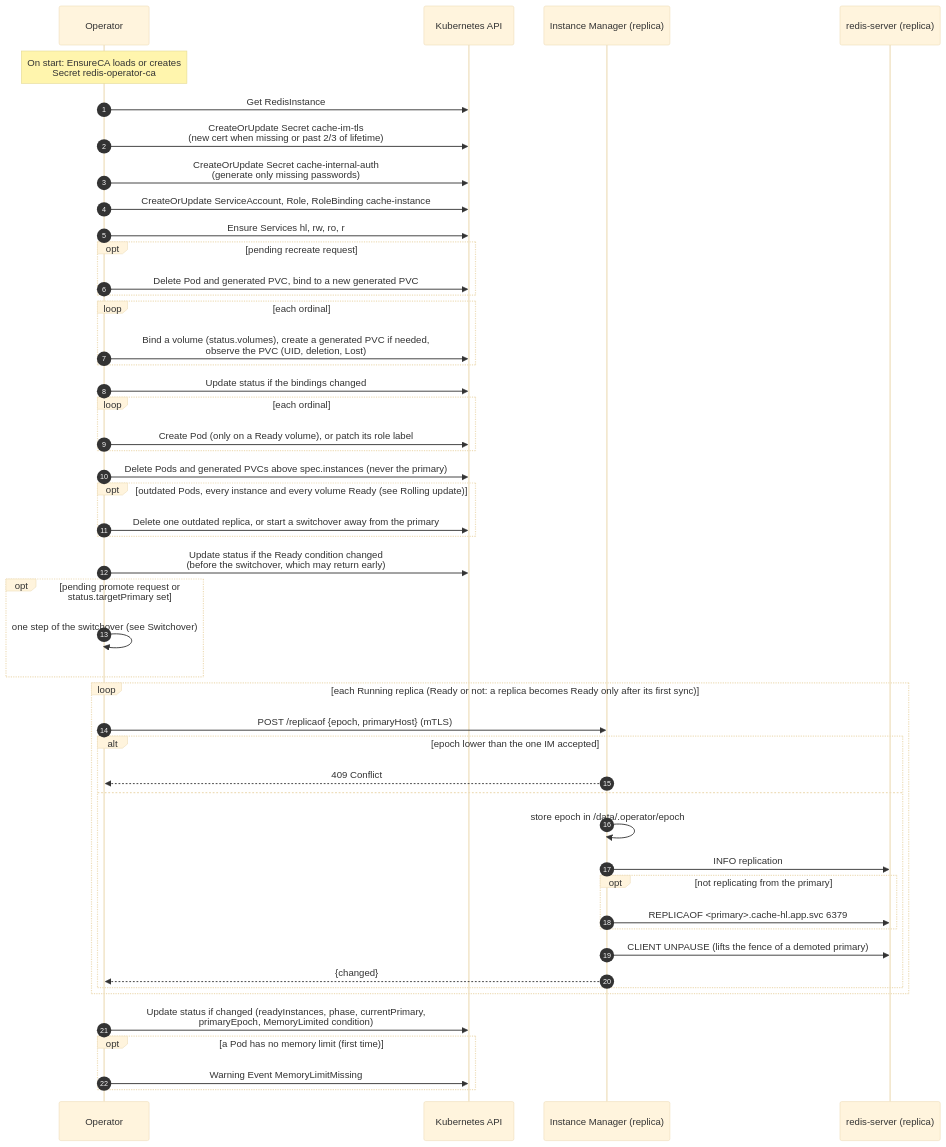
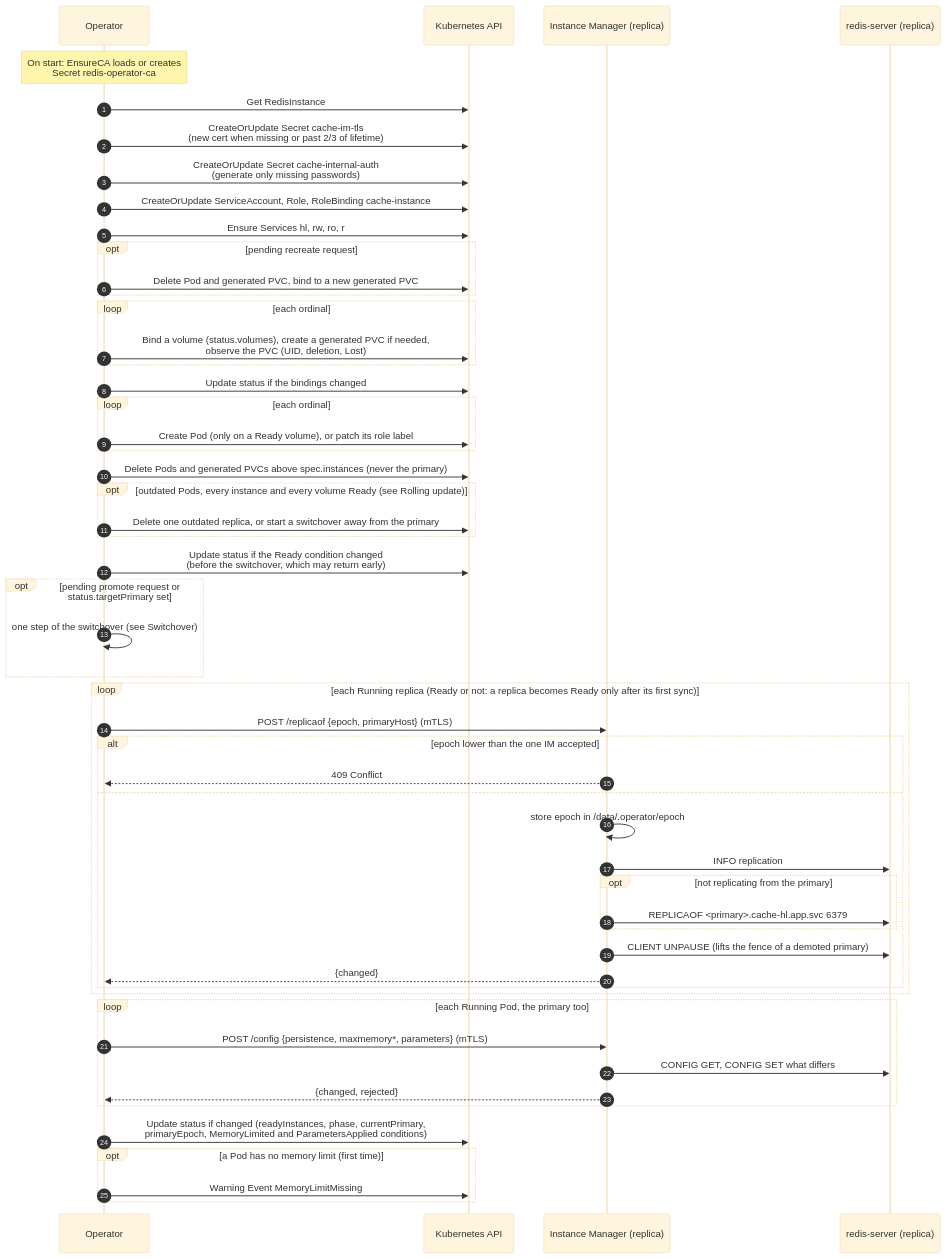
Before and after one commit to MrPickle311/redis-operator: the seventh of 7 diagrams in docs/architecture.md, drawn with Mermaid (base theme). The commit also changed other lines of this file and 8 other files, not shown here.

Commit message:
"Implement live Redis configuration updates with `/config` API; add `ParametersApplied` condition and e2e tests for dynamic parameter and persistence management."

````diff
--- a/docs/architecture.md
+++ b/docs/architecture.md
@@ -632,51 +636,56 @@
 ```mermaid
 sequenceDiagram
     autonumber
     participant OP as Operator
     participant API as Kubernetes API
     participant IM as Instance Manager (replica)
     participant RS as redis-server (replica)
 
     Note over OP: On start: EnsureCA loads or creates<br/>Secret redis-operator-ca
     OP->>API: Get RedisInstance
     OP->>API: CreateOrUpdate Secret cache-im-tls<br/>(new cert when missing or past 2/3 of lifetime)
     OP->>API: CreateOrUpdate Secret cache-internal-auth<br/>(generate only missing passwords)
     OP->>API: CreateOrUpdate ServiceAccount, Role, RoleBinding cache-instance
     OP->>API: Ensure Services hl, rw, ro, r
     opt pending recreate request
         OP->>API: Delete Pod and generated PVC, bind to a new generated PVC
     end
     loop each ordinal
         OP->>API: Bind a volume (status.volumes), create a generated PVC if needed,<br/>observe the PVC (UID, deletion, Lost)
     end
     OP->>API: Update status if the bindings changed
     loop each ordinal
         OP->>API: Create Pod (only on a Ready volume), or patch its role label
     end
     OP->>API: Delete Pods and generated PVCs above spec.instances (never the primary)
     opt outdated Pods, every instance and every volume Ready (see Rolling update)
         OP->>API: Delete one outdated replica, or start a switchover away from the primary
     end
     OP->>API: Update status if the Ready condition changed<br/>(before the switchover, which may return early)
     opt pending promote request or status.targetPrimary set
         OP->>OP: one step of the switchover (see Switchover)
     end
     loop each Running replica (Ready or not: a replica becomes Ready only after its first sync)
         OP->>IM: POST /replicaof {epoch, primaryHost} (mTLS)
         alt epoch lower than the one IM accepted
             IM-->>OP: 409 Conflict
         else
             IM->>IM: store epoch in /data/.operator/epoch
             IM->>RS: INFO replication
             opt not replicating from the primary
                 IM->>RS: REPLICAOF <primary>.cache-hl.app.svc 6379
             end
             IM->>RS: CLIENT UNPAUSE (lifts the fence of a demoted primary)
             IM-->>OP: {changed}
         end
     end
-    OP->>API: Update status if changed (readyInstances, phase, currentPrimary,<br/>primaryEpoch, MemoryLimited condition)
+    loop each Running Pod, the primary too
+        OP->>IM: POST /config {persistence, maxmemory*, parameters} (mTLS)
+        IM->>RS: CONFIG GET, CONFIG SET what differs
+        IM-->>OP: {changed, rejected}
+    end
+    OP->>API: Update status if changed (readyInstances, phase, currentPrimary,<br/>primaryEpoch, MemoryLimited and ParametersApplied conditions)
     opt a Pod has no memory limit (first time)
         OP->>API: Warning Event MemoryLimitMissing
     end
 ```
````
